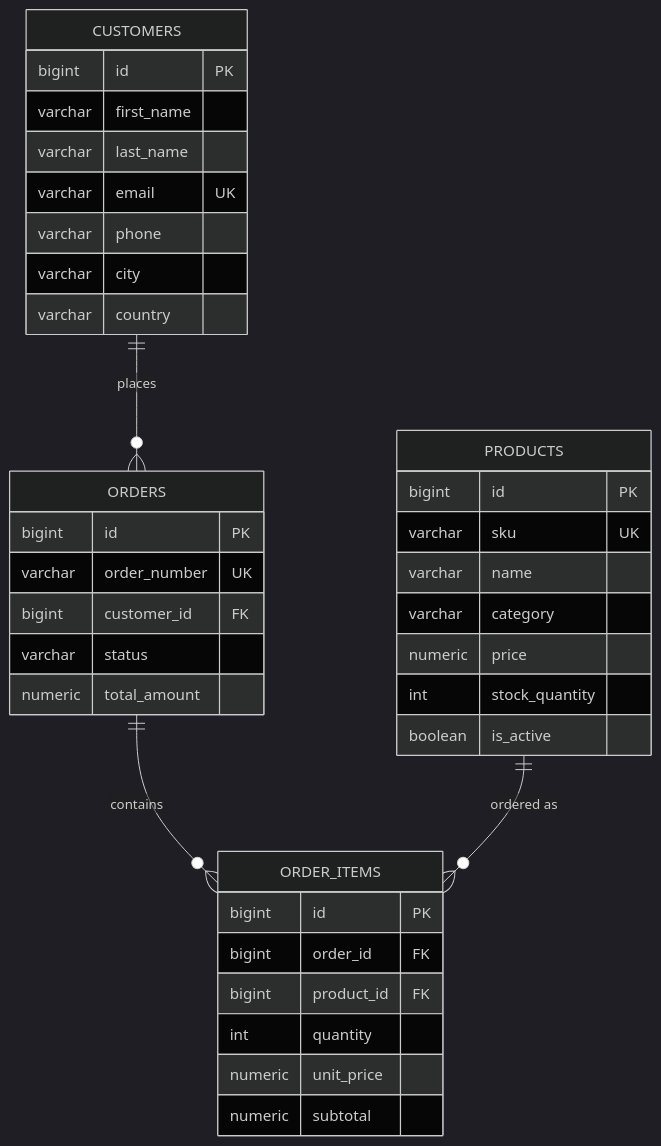
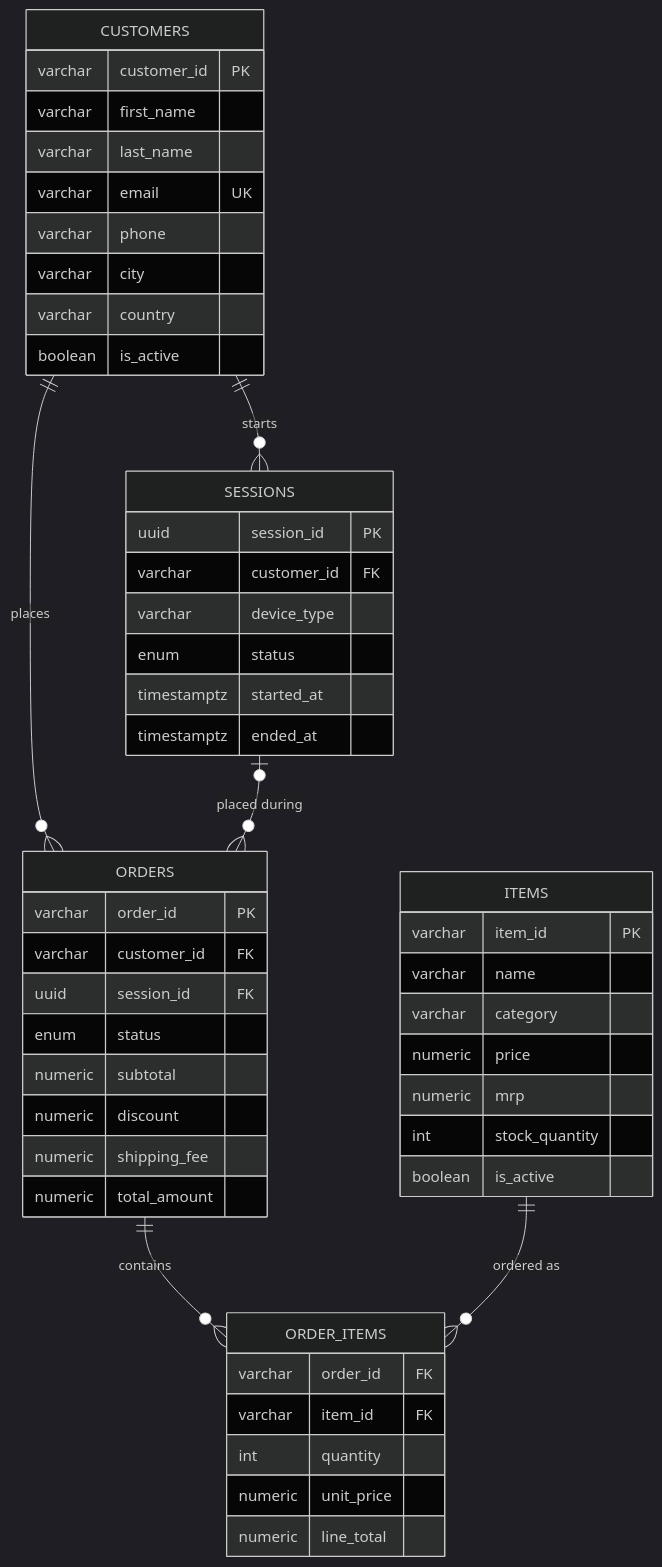
Before and after one commit to bookbee/shopassist-database: the diagram in docs/database-design.md, drawn with Mermaid (dark theme). The commit also changed other lines of this file and 22 other files, not shown here.

First line of the commit message:
Rework schema to add sessions entity and rename products to items

````diff
--- a/docs/database-design.md
+++ b/docs/database-design.md
@@ -17,40 +23,53 @@
 ```mermaid
 erDiagram
+    CUSTOMERS ||--o{ SESSIONS : starts
     CUSTOMERS ||--o{ ORDERS : places
+    SESSIONS |o--o{ ORDERS : "placed during"
     ORDERS ||--o{ ORDER_ITEMS : contains
-    PRODUCTS ||--o{ ORDER_ITEMS : "ordered as"
+    ITEMS ||--o{ ORDER_ITEMS : "ordered as"
 
     CUSTOMERS {
-        bigint id PK
+        varchar customer_id PK
         varchar first_name
         varchar last_name
         varchar email UK
         varchar phone
         varchar city
         varchar country
+        boolean is_active
     }
-    PRODUCTS {
-        bigint id PK
-        varchar sku UK
+    ITEMS {
+        varchar item_id PK
         varchar name
         varchar category
         numeric price
+        numeric mrp
         int stock_quantity
         boolean is_active
     }
+    SESSIONS {
+        uuid session_id PK
+        varchar customer_id FK
+        varchar device_type
+        enum status
+        timestamptz started_at
+        timestamptz ended_at
+    }
     ORDERS {
-        bigint id PK
-        varchar order_number UK
-        bigint customer_id FK
-        varchar status
+        varchar order_id PK
+        varchar customer_id FK
+        uuid session_id FK
+        enum status
+        numeric subtotal
+        numeric discount
+        numeric shipping_fee
         numeric total_amount
     }
     ORDER_ITEMS {
-        bigint id PK
-        bigint order_id FK
-        bigint product_id FK
+        varchar order_id FK
+        varchar item_id FK
         int quantity
         numeric unit_price
-        numeric subtotal
+        numeric line_total
     }
 ```
````
